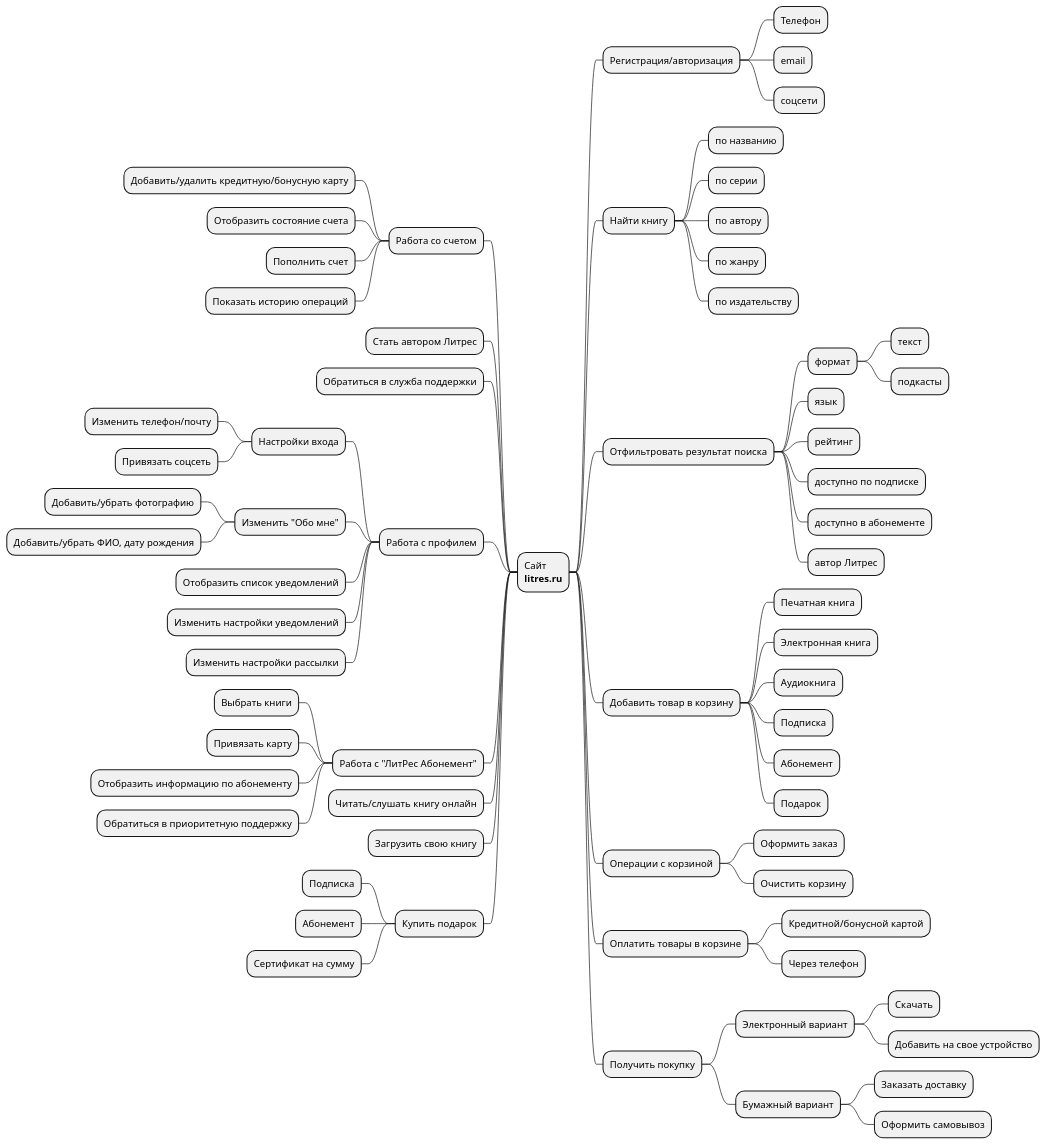
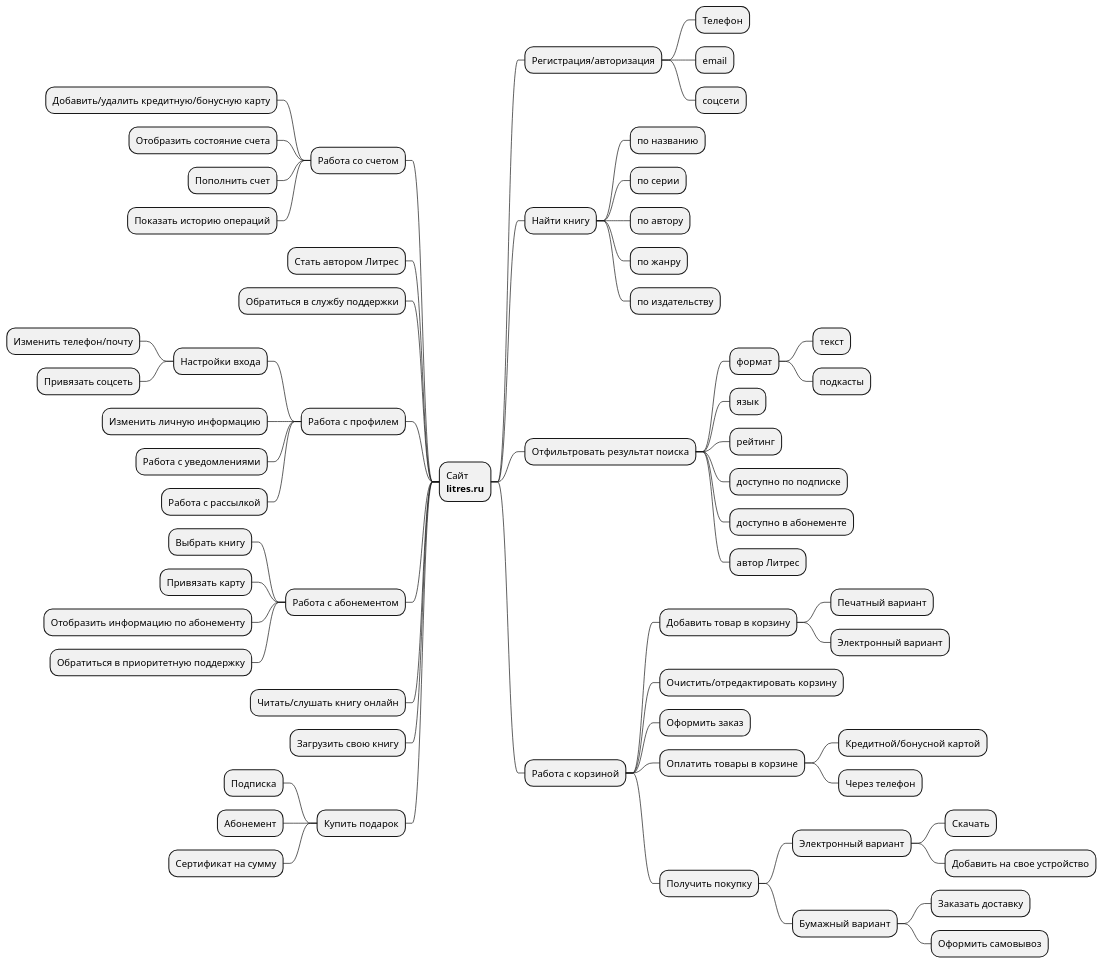
Before and after one commit to zatochi/qa_2023_class_3_hw_2: the diagram in mindmap.plantuml, drawn with PlantUML. The commit also changed 1 other file, not shown here.

```diff
--- a/mindmap.plantuml
+++ b/mindmap.plantuml
@@ -1,87 +1,77 @@
 @startmindmap
 
 + Сайт\n**litres.ru**
 
 ++ Регистрация/авторизация
 +++ Телефон
 +++ email
 +++ соцсети
 
 ++ Найти книгу
 +++ по названию
 +++ по серии
 +++ по автору
 +++ по жанру
 +++ по издательству
 
 ++ Отфильтровать результат поиска
 +++ формат
 ++++ текст
 ++++ подкасты
 +++ язык
 +++ рейтинг
 +++ доступно по подписке
 +++ доступно в абонементе
 +++ автор Литрес
 
-++ Добавить товар в корзину
-+++ Печатная книга
-+++ Электронная книга
-+++ Аудиокнига
-+++ Подписка
-+++ Абонемент
-+++ Подарок
-
-++ Операции с корзиной
+++ Работа с корзиной
++++ Добавить товар в корзину
+++++ Печатный вариант
+++++ Электронный вариант
++++ Очистить/отредактировать корзину
 +++ Оформить заказ
-+++ Очистить корзину
-
-++ Оплатить товары в корзине
-+++ Кредитной/бонусной картой
-+++ Через телефон
-
-++ Получить покупку
-+++ Электронный вариант
-++++ Скачать
-++++ Добавить на свое устройство
-+++ Бумажный вариант
-++++ Заказать доставку
-++++ Оформить самовывоз
++++ Оплатить товары в корзине
+++++ Кредитной/бонусной картой
+++++ Через телефон
++++ Получить покупку
+++++ Электронный вариант
++++++ Скачать
++++++ Добавить на свое устройство
+++++ Бумажный вариант
++++++ Заказать доставку
++++++ Оформить самовывоз
 
 -- Работа со счетом
 --- Добавить/удалить кредитную/бонусную карту
 --- Отобразить состояние счета
 --- Пополнить счет
 --- Показать историю операций
 
 -- Стать автором Литрес
 
--- Обратиться в служба поддержки
+-- Обратиться в службу поддержки
 
 -- Работа с профилем
 --- Настройки входа
 ---- Изменить телефон/почту
 ---- Привязать соцсеть
---- Изменить "Обо мне"
----- Добавить/убрать фотографию
----- Добавить/убрать ФИО, дату рождения
---- Отобразить список уведомлений
---- Изменить настройки уведомлений
---- Изменить настройки рассылки
+--- Изменить личную информацию
+--- Работа с уведомлениями
+--- Работа с рассылкой
 
--- Работа с "ЛитРес Абонемент"
---- Выбрать книги
+-- Работа с абонементом
+--- Выбрать книгу
 --- Привязать карту
 --- Отобразить информацию по абонементу
 --- Обратиться в приоритетную поддержку
 
 -- Читать/слушать книгу онлайн
 
 -- Загрузить свою книгу
 
 -- Купить подарок
 --- Подписка
 --- Абонемент
 --- Сертификат на сумму
 
 @endmindmap
```
